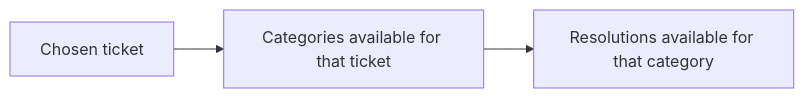
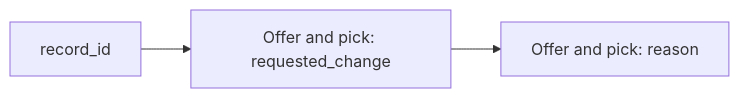
One commit to slng-ai/unmute-beat changed the second of 2 diagrams in docs/architecture/03-typed-state-and-history.md. Above: the diagram before and after it, drawn with Mermaid. The commit also changed other lines of this file and 3 other files, not shown here.

Commit message:
docs: explain architecture through a shared generic walkthrough

````diff
--- a/docs/architecture/03-typed-state-and-history.md
+++ b/docs/architecture/03-typed-state-and-history.md
@@ -94,5 +153,5 @@
 ```mermaid
 flowchart LR
-    Ticket["Chosen ticket"] --> Category["Categories available for that ticket"]
-    Category --> Resolution["Resolutions available for that category"]
+    Record["record_id"] --> Changes["Offer and pick: requested_change"]
+    Changes --> Reasons["Offer and pick: reason"]
 ```
````
